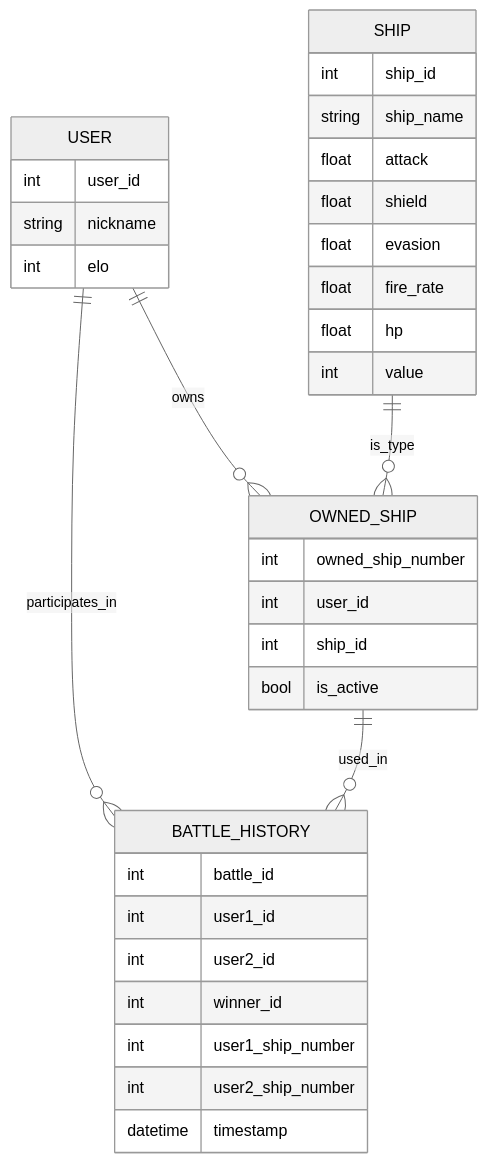
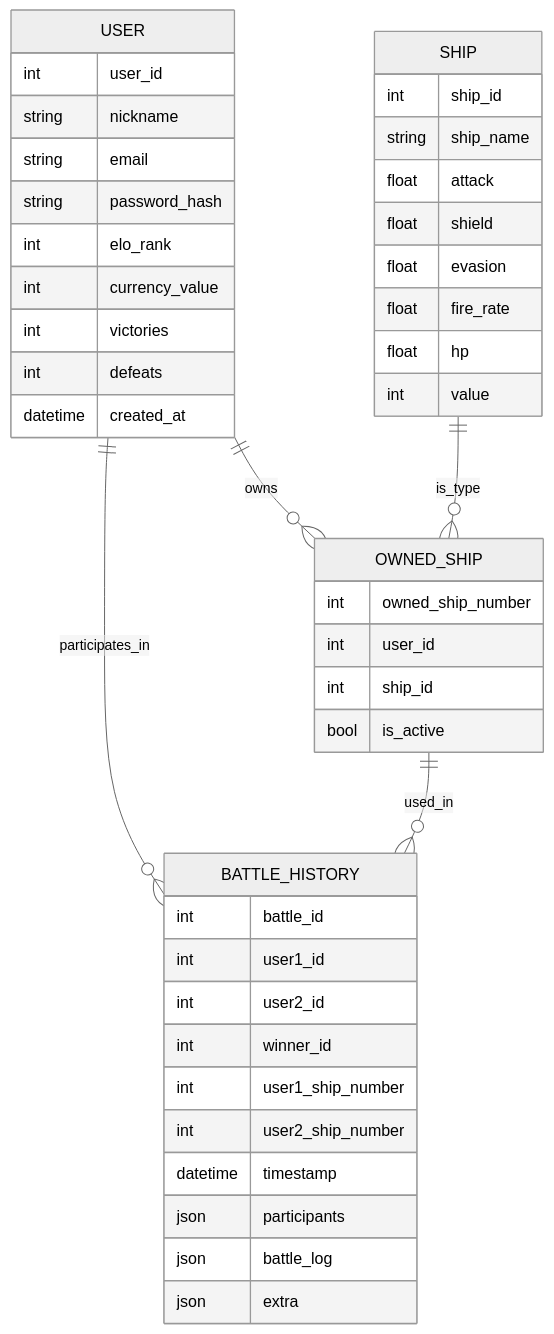
Before and after one commit to FilipePacheco73/Bellum-Astrum: the second of 3 diagrams in README.md, drawn with Mermaid (neutral theme). The commit also changed other lines of this file, not shown here.

````diff
--- a/README.md
+++ b/README.md
@@ -138,37 +154,46 @@
 ```mermaid
 erDiagram
     USER ||--o{ OWNED_SHIP : owns
     USER ||--o{ BATTLE_HISTORY : participates_in
     SHIP ||--o{ OWNED_SHIP : is_type
     OWNED_SHIP ||--o{ BATTLE_HISTORY : used_in
     USER {
         int user_id
         string nickname
-        int elo
+        string email
+        string password_hash
+        int elo_rank
+        int currency_value
+        int victories
+        int defeats
+        datetime created_at
     }
     SHIP {
         int ship_id
         string ship_name
         float attack
         float shield
         float evasion
         float fire_rate
         float hp
         int value
     }
     OWNED_SHIP {
         int owned_ship_number
         int user_id
         int ship_id
         bool is_active
     }
     BATTLE_HISTORY {
         int battle_id
         int user1_id
         int user2_id
         int winner_id
         int user1_ship_number
         int user2_ship_number
         datetime timestamp
+        json participants
+        json battle_log
+        json extra
     }
 ```
````
